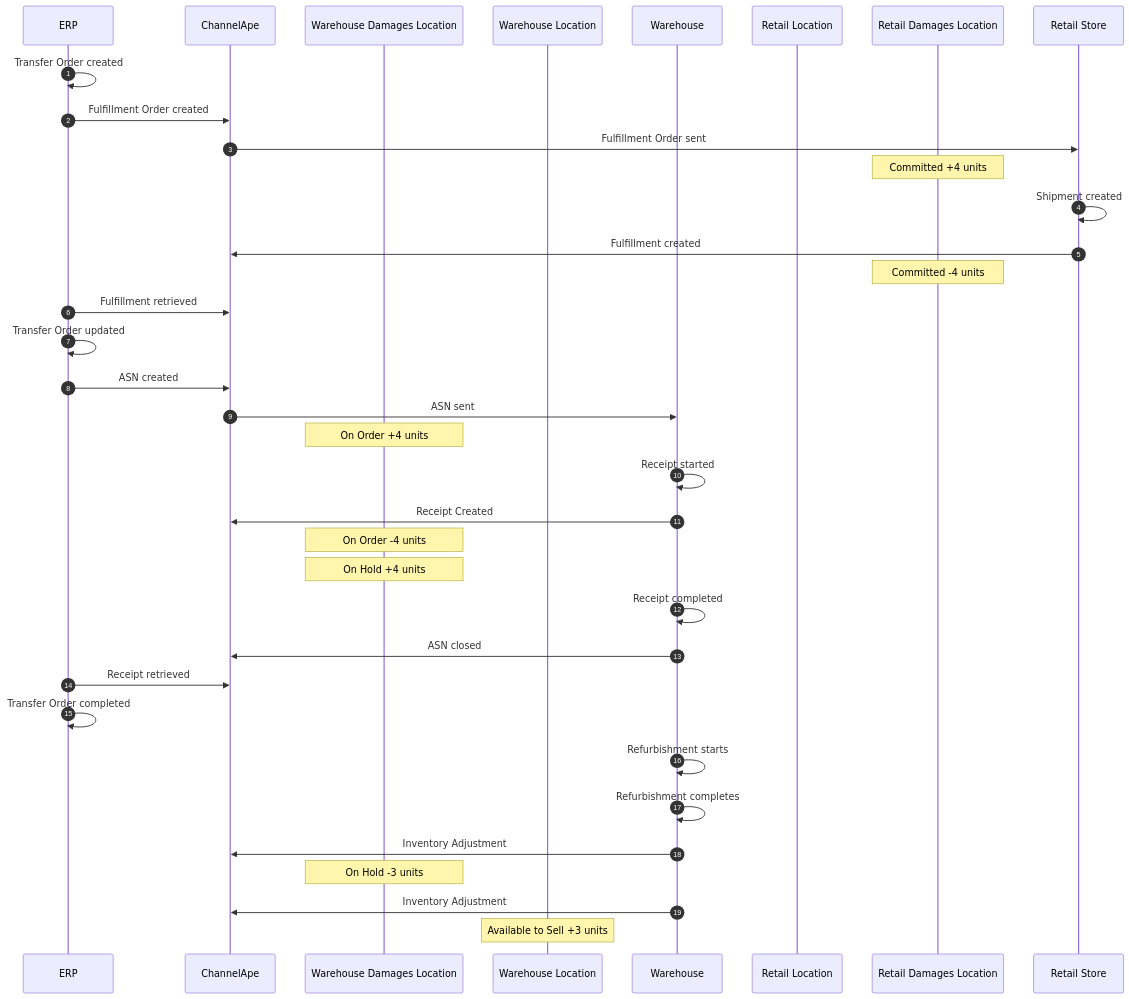
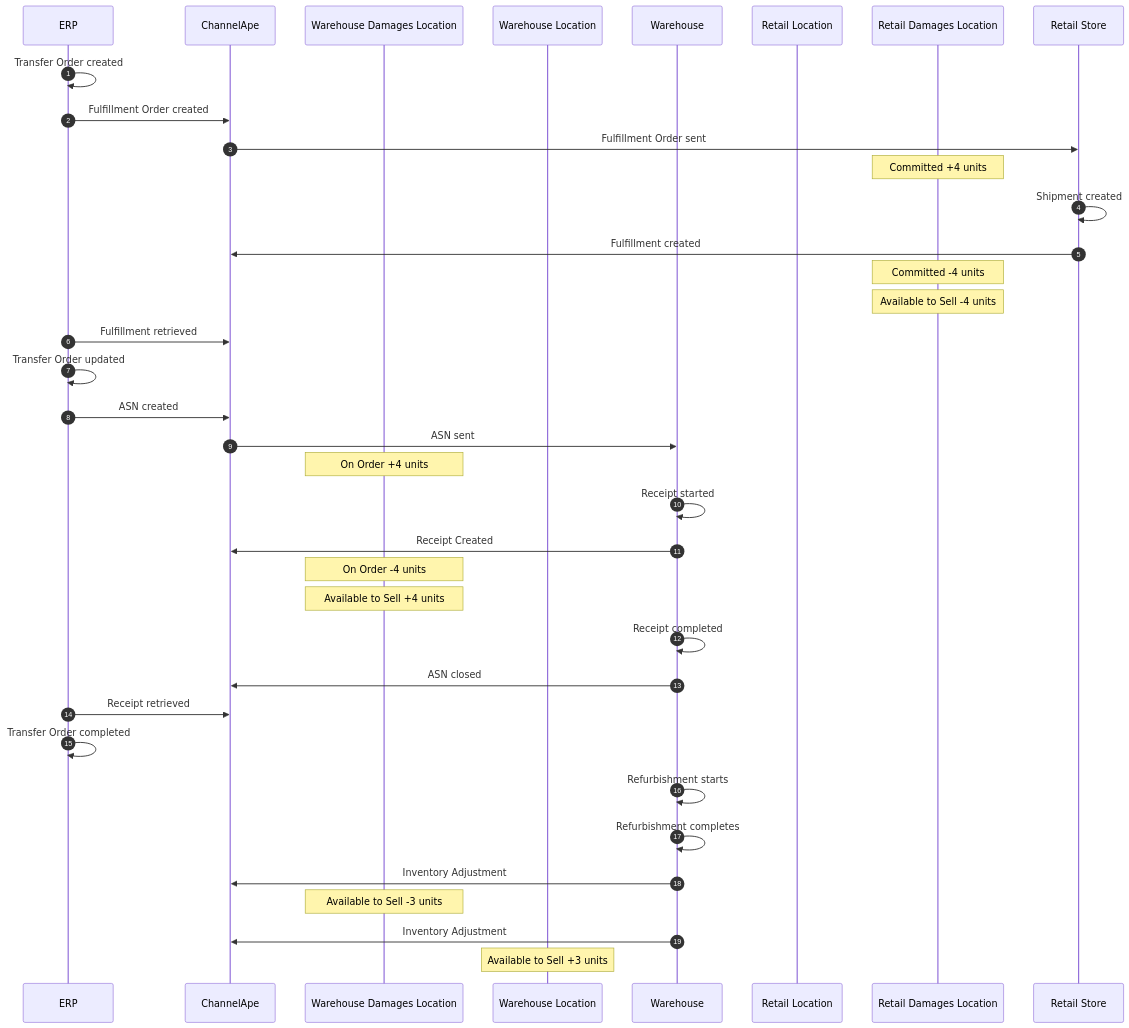
One commit to ChannelApe/channelape-docs changed the sixth of 6 diagrams in data-flows/transfer-orders/README.md. Above: the diagram before and after it, drawn with Mermaid. The commit also changed other lines of this file, not shown here.

Commit message:
Corrected the status on Damages locations & process adjustments

````diff
--- a/data-flows/transfer-orders/README.md
+++ b/data-flows/transfer-orders/README.md
@@ -353,54 +357,55 @@
 ```mermaid
 sequenceDiagram
     autonumber
     participant ERP
     participant ChannelApe
     participant Warehouse Damages Location
     participant Warehouse Location
     participant Warehouse
     participant Retail Location
     participant Retail Damages Location
     participant Retail Store
 
     ERP->>ERP: Transfer Order created
     ERP->>ChannelApe: Fulfillment Order created
 
     ChannelApe->>Retail Store: Fulfillment Order sent
     note over Retail Damages Location: Committed +4 units
     
     Retail Store->>Retail Store: Shipment created
 
     Retail Store->>ChannelApe: Fulfillment created
     note over Retail Damages Location: Committed -4 units
+    note over Retail Damages Location: Available to Sell -4 units
     
     ERP->>ChannelApe: Fulfillment retrieved
     ERP->>ERP: Transfer Order updated
     ERP->>ChannelApe: ASN created
 
     ChannelApe->>Warehouse: ASN sent
     note over Warehouse Damages Location: On Order +4 units
 
     Warehouse->>Warehouse: Receipt started
 
     Warehouse->>ChannelApe: Receipt Created
     note over Warehouse Damages Location: On Order -4 units
-    note over Warehouse Damages Location: On Hold +4 units
+    note over Warehouse Damages Location: Available to Sell +4 units
 
     Warehouse->>Warehouse: Receipt completed
 
     Warehouse->>ChannelApe: ASN closed
 
     ERP->>ChannelApe: Receipt retrieved
 
     ERP->>ERP: Transfer Order completed
 
     Warehouse->>Warehouse: Refurbishment starts
 
     Warehouse->>Warehouse: Refurbishment completes
 
     Warehouse->>ChannelApe: Inventory Adjustment
-    note over Warehouse Damages Location: On Hold -3 units
+    note over Warehouse Damages Location: Available to Sell -3 units
 
     Warehouse->>ChannelApe: Inventory Adjustment
     note over Warehouse Location: Available to Sell +3 units
 ```
````
